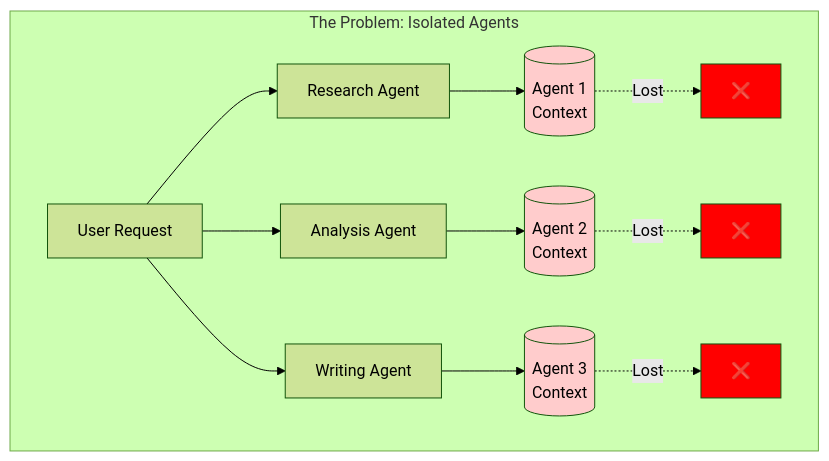
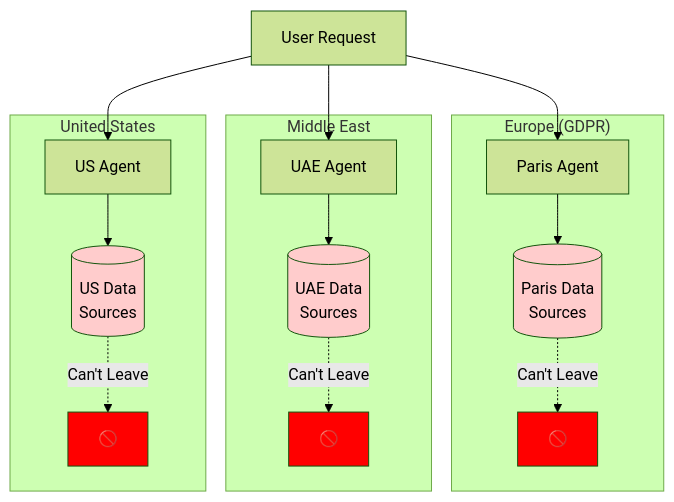
The first of 3 diagrams in sapthame/introduction/overview.mdx (raahulrahl/docs), drawn with Mermaid (forest theme) before and after one commit. The commit also changed other lines of this file, not shown here.

First line of the commit message:
feat: enhance documentation with multi-agent collaboration story

````diff
--- a/sapthame/introduction/overview.mdx
+++ b/sapthame/introduction/overview.mdx
@@ -141,23 +152,34 @@
 ```mermaid
 graph TB
-    subgraph "The Problem: Isolated Agents"
-        U1[User Request] --> A1[Research Agent]
-        A1 --> D1[(Agent 1<br/>Context)]
-        D1 -.->|Lost| X1[❌]
-        
-        U1 --> A2[Analysis Agent]
-        A2 --> D2[(Agent 2<br/>Context)]
-        D2 -.->|Lost| X2[❌]
-        
-        U1 --> A3[Writing Agent]
-        A3 --> D3[(Agent 3<br/>Context)]
-        D3 -.->|Lost| X3[❌]
+    subgraph "Europe (GDPR)"
+        A1[Paris Agent]
+        D1[(Paris Data<br/>Sources)]
+        A1 --> D1
+        D1 -.->|Can't Leave| X1[🚫]
     end
+    
+    subgraph "Middle East"
+        A2[UAE Agent]
+        D2[(UAE Data<br/>Sources)]
+        A2 --> D2
+        D2 -.->|Can't Leave| X2[🚫]
+    end
+    
+    subgraph "United States"
+        A3[US Agent]
+        D3[(US Data<br/>Sources)]
+        A3 --> D3
+        D3 -.->|Can't Leave| X3[🚫]
+    end
+    
+    U[User Request] --> A1
+    U --> A2
+    U --> A3
     
     style D1 fill:#ffcccc
     style D2 fill:#ffcccc
     style D3 fill:#ffcccc
     style X1 fill:#ff0000
     style X2 fill:#ff0000
     style X3 fill:#ff0000
 ```
````
